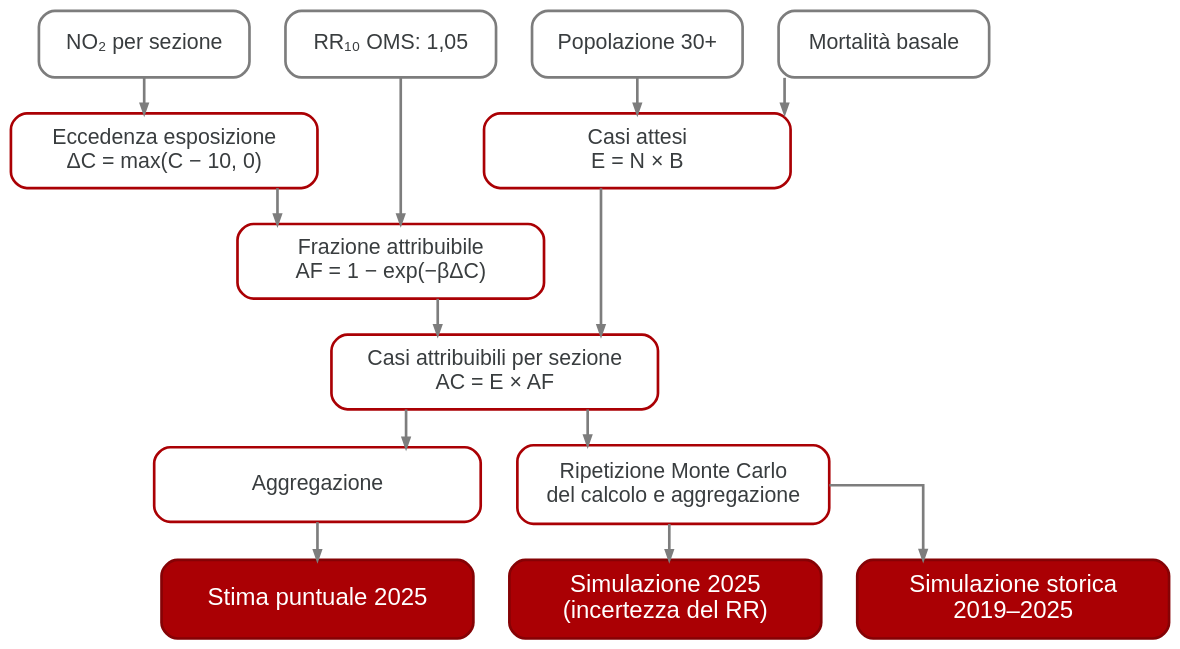
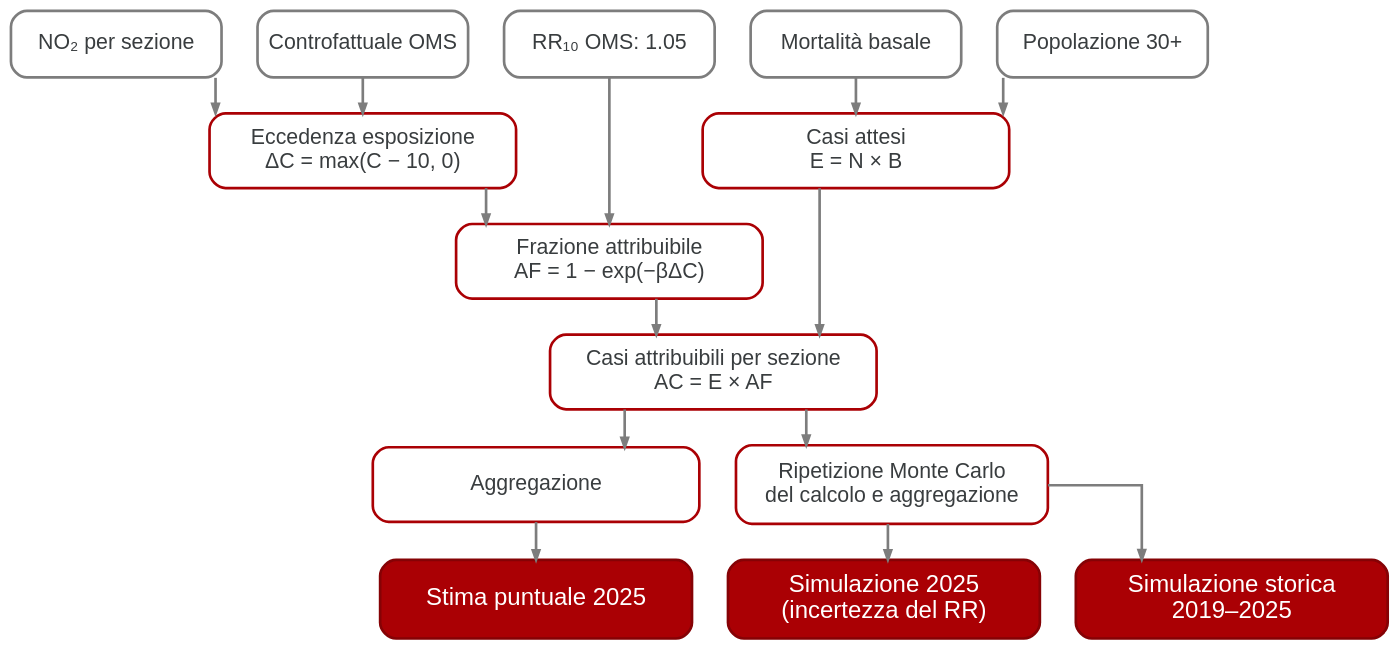
The diagram in pw_brcps26_report.qmd (maxbre/aaaa_pw_brcps_report_plan_b), drawn with Graphviz before and after one commit. The commit also changed other lines of this file and 1 other file, not shown here.

Commit message:
rev flowchart

````diff
--- a/pw_brcps26_report.qmd
+++ b/pw_brcps26_report.qmd
@@ -276,8 +277,17 @@
     arrowsize=0.7
   ];
 
-  A [
+  A1 [
     label="NO₂ per sezione",
+    width=2.20,
+    height=0.70,
+    fillcolor="#FFFFFF",
+    color="#7D7D7D",
+    fontcolor="#393D3F"
+  ];
+  
+   A2 [
+    label="Controfattuale OMS",
     width=2.20,
     height=0.70,
     fillcolor="#FFFFFF",
@@ -304,7 +314,7 @@
   ];
 
   D [
-    label="RR₁₀ OMS: 1,05",
+    label="RR₁₀ OMS: 1.05",
     width=2.20,
     height=0.70,
     fillcolor="#FFFFFF",
@@ -396,12 +406,13 @@
     fontcolor="#393D3F"
   ];
 
-  { rank=same; A; B; C; D; }
+  { rank=same; A1; A2; B; C; D; }
   { rank=same; E; F;}
   { rank=same; I; M; }
   { rank=same; J; K; L;}
 
-  A -> E;
+  A1 -> E;
+  A2 ->E;
   B -> F;
   C -> F;
   D -> G;
@@ -417,6 +428,8 @@
 /* trick: impone l’ordine orizzontale */
 J -> K [style=invis, weight=100];
 K -> L [style=invis, weight=100];
+A1 -> A2 [style=invis, weight=100];
 }
 
+
 ```
````
